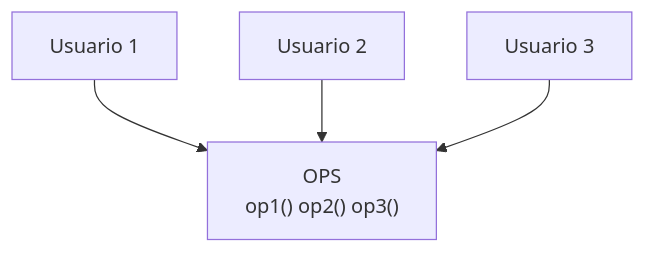
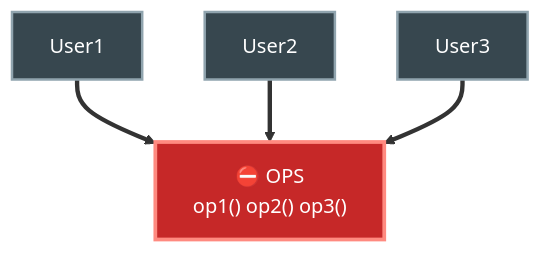
Before and after one commit to JavierMachucaA/clean-architecture-guia: the first of 4 diagrams in 03-principios-solid/04-isp-interface-segregation.md, drawn with Mermaid. The commit also changed other lines of this file and 45 other files, not shown here.

````diff
--- a/03-principios-solid/04-isp-interface-segregation.md
+++ b/03-principios-solid/04-isp-interface-segregation.md
@@ -13,7 +13,12 @@
 ```mermaid
 flowchart TD
-    U1["Usuario 1"] --> OPS
-    U2["Usuario 2"] --> OPS
-    U3["Usuario 3"] --> OPS
-    OPS["OPS<br/>op1()  op2()  op3()"]
+    U1["User1"] ==> OPS
+    U2["User2"] ==> OPS
+    U3["User3"] ==> OPS
+    OPS["⛔ OPS<br/>op1()  op2()  op3()"]
+
+    style U1 fill:#37474f,stroke:#90a4ae,color:#fff,stroke-width:2px
+    style U2 fill:#37474f,stroke:#90a4ae,color:#fff,stroke-width:2px
+    style U3 fill:#37474f,stroke:#90a4ae,color:#fff,stroke-width:2px
+    style OPS fill:#c62828,stroke:#ff8a80,color:#fff,stroke-width:3px
 ```
````
